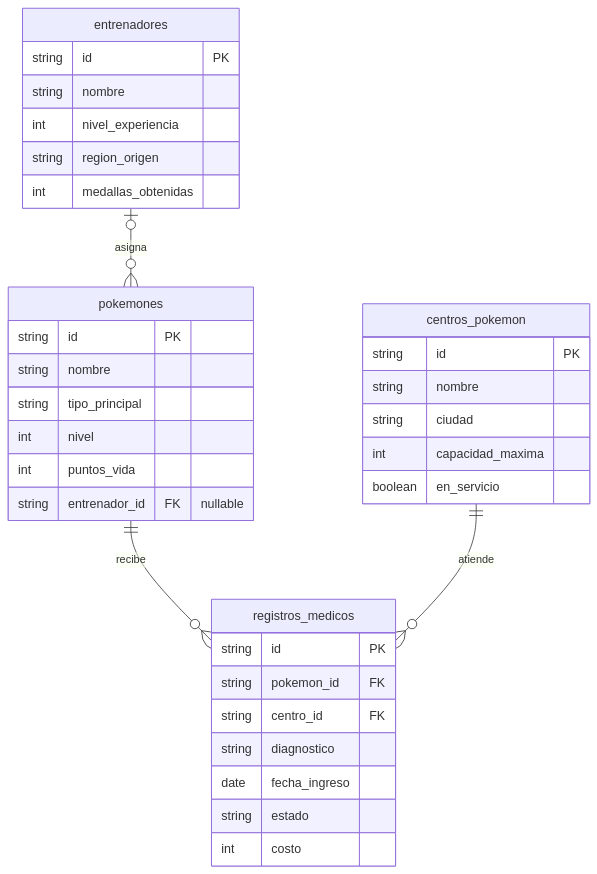
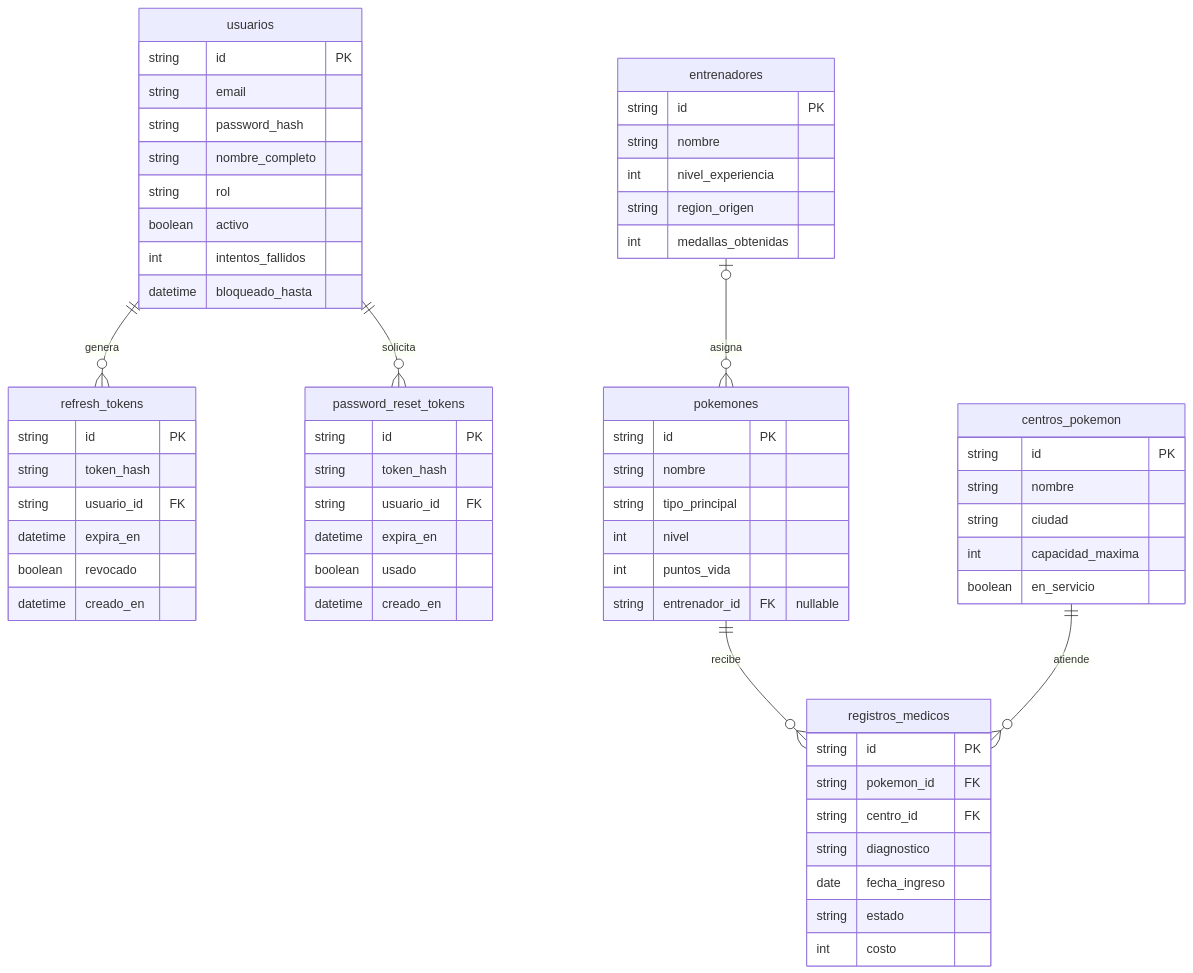
The second of 3 diagrams in docs/diagramas.md (Cristobaaaal/backend-grupo1-sec3), drawn with Mermaid before and after one commit. The commit also changed other lines of this file and 1 other file, not shown here.

Commit message:
docs: registrar matriz de retroalimentacion y actualizar diagramas de dominio y er

```diff
--- a/docs/diagramas.md
+++ b/docs/diagramas.md
@@ -68,38 +103,66 @@
 ~~~mermaid
 erDiagram
+    usuarios ||--o{ refresh_tokens : genera
+    usuarios ||--o{ password_reset_tokens : solicita
     entrenadores |o--o{ pokemones : asigna
     pokemones ||--o{ registros_medicos : recibe
     centros_pokemon ||--o{ registros_medicos : atiende
 
+    usuarios {
+        string id PK
+        string email
+        string password_hash
+        string nombre_completo
+        string rol
+        boolean activo
+        int intentos_fallidos
+        datetime bloqueado_hasta
+    }
+    refresh_tokens {
+        string id PK
+        string token_hash
+        string usuario_id FK
+        datetime expira_en
+        boolean revocado
+        datetime creado_en
+    }
+    password_reset_tokens {
+        string id PK
+        string token_hash
+        string usuario_id FK
+        datetime expira_en
+        boolean usado
+        datetime creado_en
+    }
     entrenadores {
         string id PK
         string nombre
         int nivel_experiencia
         string region_origen
         int medallas_obtenidas
     }
     pokemones {
         string id PK
         string nombre
         string tipo_principal
         int nivel
         int puntos_vida
         string entrenador_id FK "nullable"
     }
     centros_pokemon {
         string id PK
         string nombre
         string ciudad
         int capacidad_maxima
         boolean en_servicio
     }
     registros_medicos {
         string id PK
         string pokemon_id FK
         string centro_id FK
         string diagnostico
         date fecha_ingreso
         string estado
         int costo
     }
 ~~~
```
